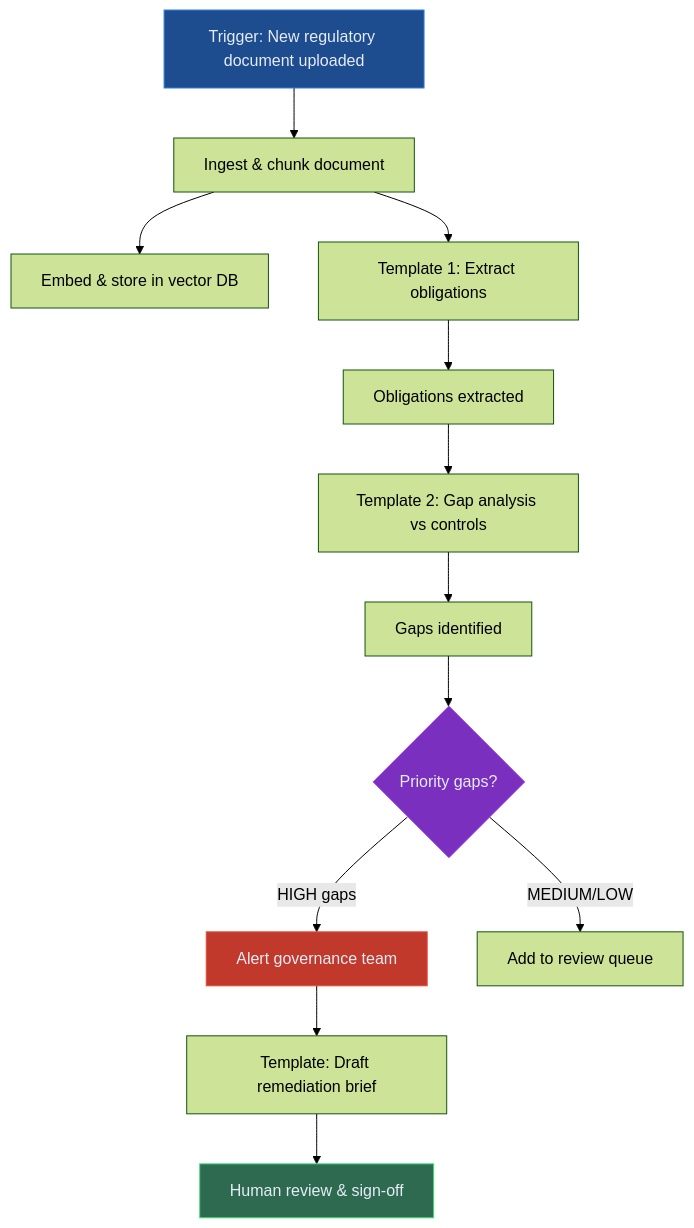
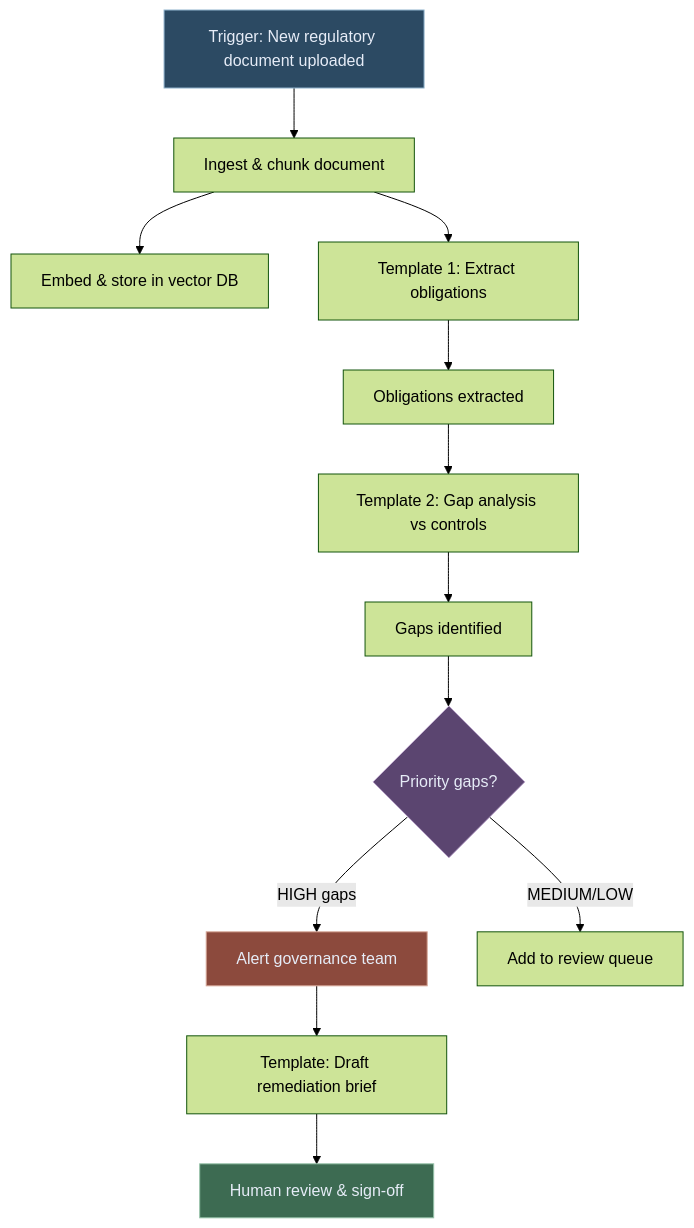
One commit to lorvexai/lorvexai changed the fifth of 8 diagrams in blog/ai-prompt-and-workflow-templates.md. Above: the diagram before and after it, drawn with Mermaid (forest theme). The commit also changed other lines of this file and 16 other files, not shown here.

First line of the commit message:
Retune hardcoded Mermaid node colors to match the site palette

````diff
--- a/blog/ai-prompt-and-workflow-templates.md
+++ b/blog/ai-prompt-and-workflow-templates.md
@@ -301,19 +301,19 @@
 ```mermaid
 flowchart TD
     T[Trigger: New regulatory document uploaded] --> IN[Ingest & chunk document]
     IN --> EM[Embed & store in vector DB]
     IN --> T1[Template 1: Extract obligations]
     T1 --> OB[Obligations extracted]
     OB --> T2[Template 2: Gap analysis vs controls]
     T2 --> GA[Gaps identified]
     GA --> PR{Priority gaps?}
     PR -->|HIGH gaps| AL[Alert governance team]
     PR -->|MEDIUM/LOW| QU[Add to review queue]
     AL --> T3[Template: Draft remediation brief]
     T3 --> HU[Human review & sign-off]
 
-    style T fill:#1D4C8F,stroke:#2F80ED,color:#E6ECF7
-    style PR fill:#7B2FBE,stroke:#a855f7,color:#E6ECF7
-    style AL fill:#C0392B,stroke:#e74c3c,color:#E6ECF7
-    style HU fill:#2D6A4F,stroke:#4ade80,color:#E6ECF7
+    style T fill:#2C4A63,stroke:#8FB2CC,color:#E6ECF7
+    style PR fill:#5B4570,stroke:#BCA6CC,color:#E6ECF7
+    style AL fill:#8C4A3D,stroke:#D6A697,color:#E6ECF7
+    style HU fill:#3D6B52,stroke:#95C2A8,color:#E6ECF7
 ```
````
